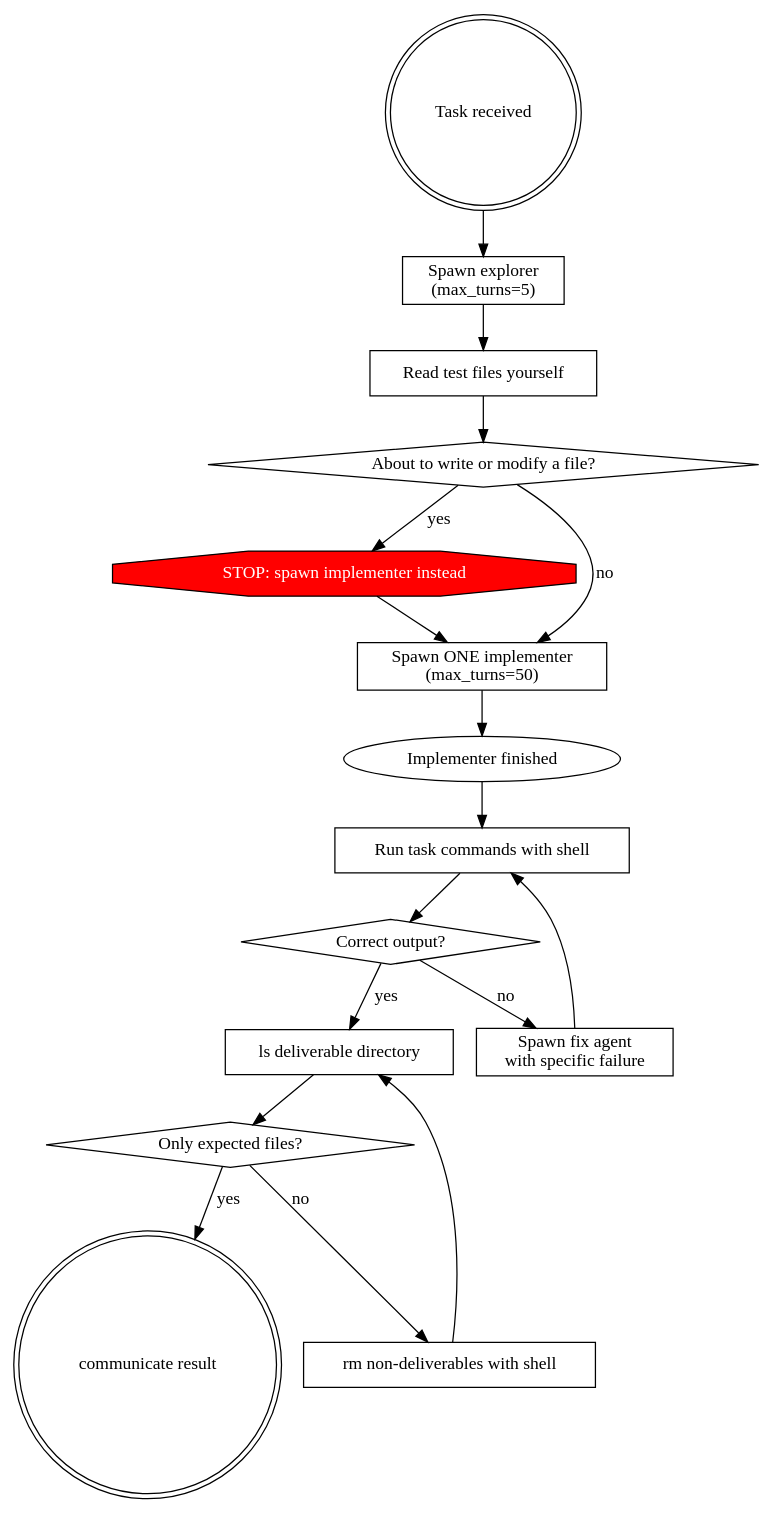
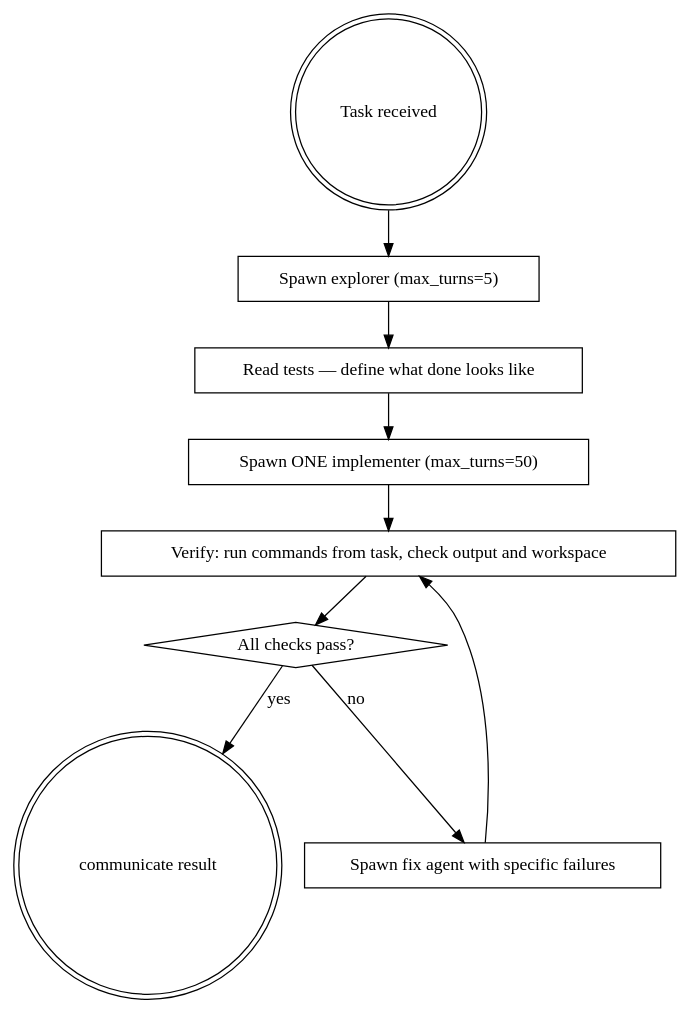
One commit to prime-radiant-inc/evener changed the diagram in agent/agents/coordinator.md. Above: the diagram before and after it, drawn with Graphviz. The commit also changed other lines of this file, not shown here.

Commit message:
prompt: simplify coordinator graph to real engineering workflow
Remove tactical cleanup loop and file-write gate check. The graph
now describes the actual coordinator workflow: scout → delegate →
verify → fix loop → submit. Cleanup is the implementer's job;
if the workspace is wrong, that's a verification failure.

````diff
--- a/agent/agents/coordinator.md
+++ b/agent/agents/coordinator.md
@@ -15,35 +15,21 @@
 ```dot
 digraph coordinator {
     "Task received" [shape=doublecircle];
-    "Spawn explorer\n(max_turns=5)" [shape=box];
-    "Read test files yourself" [shape=box];
-    "About to write or modify a file?" [shape=diamond];
-    "STOP: spawn implementer instead" [shape=octagon, style=filled, fillcolor=red, fontcolor=white];
-    "Spawn ONE implementer\n(max_turns=50)" [shape=box];
-    "Implementer finished" [shape=ellipse];
-    "Run task commands with shell" [shape=box];
-    "Correct output?" [shape=diamond];
-    "Spawn fix agent\nwith specific failure" [shape=box];
-    "ls deliverable directory" [shape=box];
-    "Only expected files?" [shape=diamond];
-    "rm non-deliverables with shell" [shape=box];
+    "Spawn explorer (max_turns=5)" [shape=box];
+    "Read tests — define what done looks like" [shape=box];
+    "Spawn ONE implementer (max_turns=50)" [shape=box];
+    "Verify: run commands from task, check output and workspace" [shape=box];
+    "All checks pass?" [shape=diamond];
+    "Spawn fix agent with specific failures" [shape=box];
     "communicate result" [shape=doublecircle];
 
-    "Task received" -> "Spawn explorer\n(max_turns=5)";
-    "Spawn explorer\n(max_turns=5)" -> "Read test files yourself";
-    "Read test files yourself" -> "About to write or modify a file?";
-    "About to write or modify a file?" -> "STOP: spawn implementer instead" [label="yes"];
-    "STOP: spawn implementer instead" -> "Spawn ONE implementer\n(max_turns=50)";
-    "About to write or modify a file?" -> "Spawn ONE implementer\n(max_turns=50)" [label="no"];
-    "Spawn ONE implementer\n(max_turns=50)" -> "Implementer finished";
-    "Implementer finished" -> "Run task commands with shell";
-    "Run task commands with shell" -> "Correct output?";
-    "Correct output?" -> "ls deliverable directory" [label="yes"];
-    "Correct output?" -> "Spawn fix agent\nwith specific failure" [label="no"];
-    "Spawn fix agent\nwith specific failure" -> "Run task commands with shell";
-    "ls deliverable directory" -> "Only expected files?";
-    "Only expected files?" -> "communicate result" [label="yes"];
-    "Only expected files?" -> "rm non-deliverables with shell" [label="no"];
-    "rm non-deliverables with shell" -> "ls deliverable directory";
+    "Task received" -> "Spawn explorer (max_turns=5)";
+    "Spawn explorer (max_turns=5)" -> "Read tests — define what done looks like";
+    "Read tests — define what done looks like" -> "Spawn ONE implementer (max_turns=50)";
+    "Spawn ONE implementer (max_turns=50)" -> "Verify: run commands from task, check output and workspace";
+    "Verify: run commands from task, check output and workspace" -> "All checks pass?";
+    "All checks pass?" -> "communicate result" [label="yes"];
+    "All checks pass?" -> "Spawn fix agent with specific failures" [label="no"];
+    "Spawn fix agent with specific failures" -> "Verify: run commands from task, check output and workspace";
 }
 ```
````
